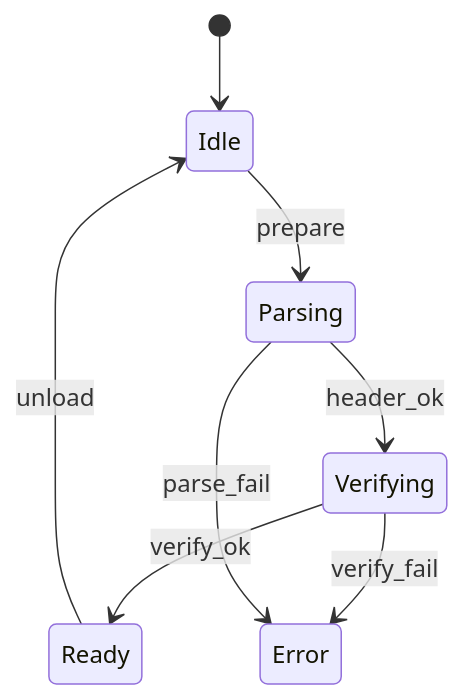
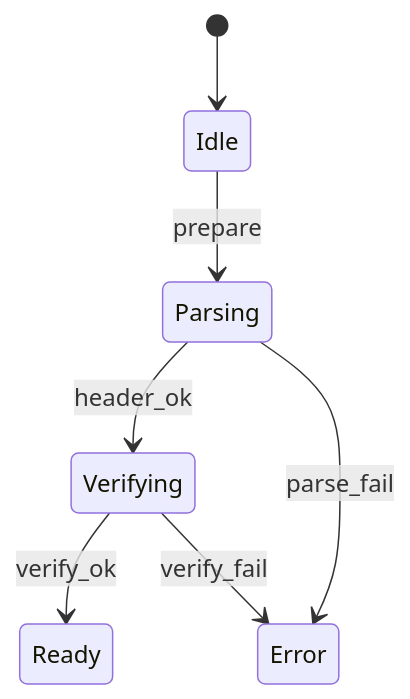
The fourth of 5 diagrams in docs/components/tier2_runtime/runtime_loader.md (kmt-t/fireball), drawn with Mermaid before and after one commit. The commit also changed other lines of this file and 36 other files, not shown here.

````diff
--- a/docs/components/tier2_runtime/runtime_loader.md
+++ b/docs/components/tier2_runtime/runtime_loader.md
@@ -267,10 +266,9 @@
 ```mermaid
 stateDiagram-v2
     [*] --> Idle
     Idle --> Parsing: prepare
     Parsing --> Verifying: header_ok
     Verifying --> Ready: verify_ok
     Verifying --> Error: verify_fail
     Parsing --> Error: parse_fail
-    Ready --> Idle: unload
 ```
````
